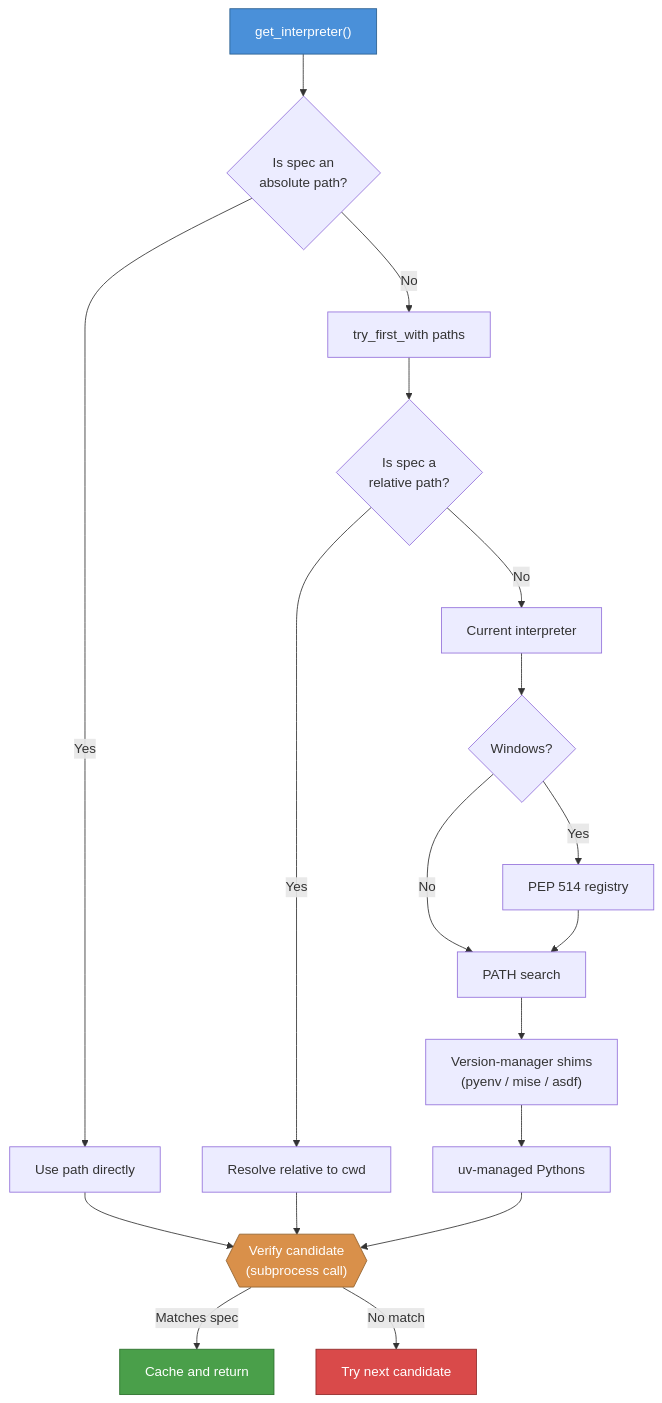
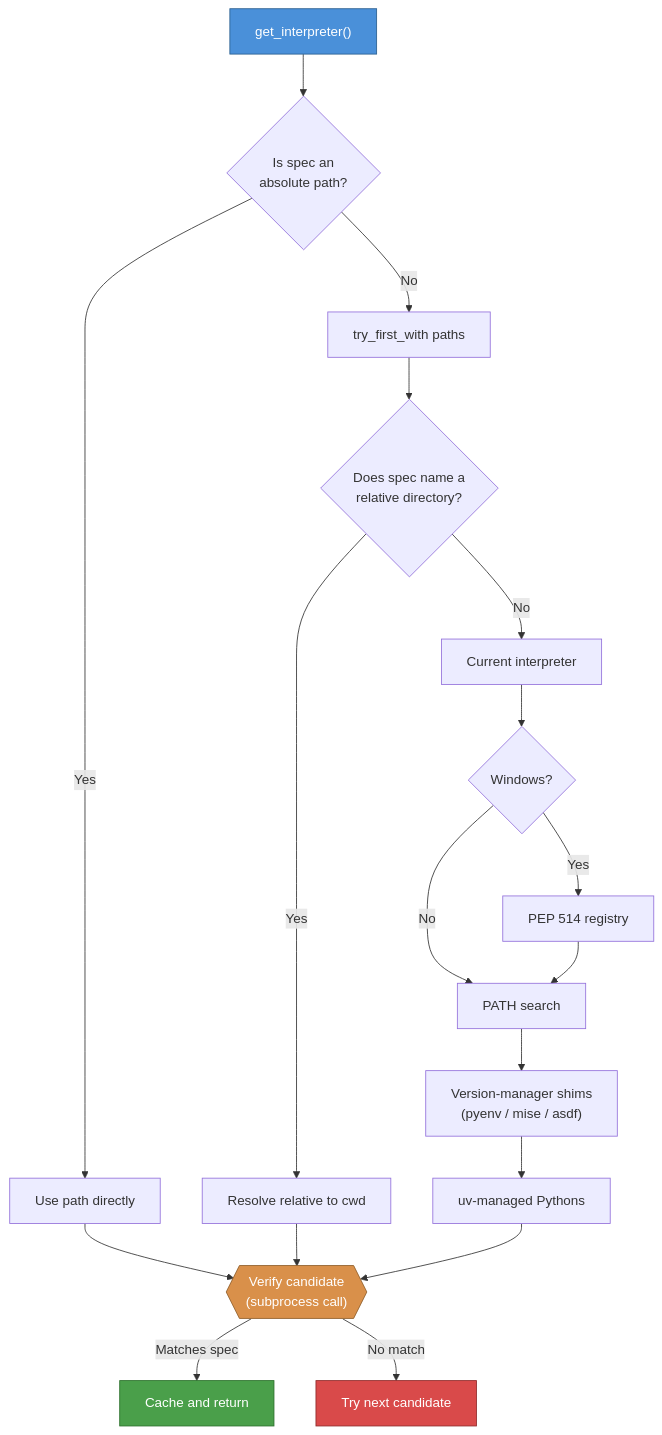
The first of 7 diagrams in docs/explanation.rst (tox-dev/python-discovery), drawn with Mermaid before and after one commit. The commit also changed other lines of this file and 2 other files, not shown here.

First line of the commit message:
🐛 fix(discovery): search bare specs on PATH

```diff
--- a/docs/explanation.rst
+++ b/docs/explanation.rst
@@ -10,28 +10,28 @@
 .. mermaid::
 
     flowchart TD
         Start["get_interpreter()"] --> AbsPath{"Is spec an<br>absolute path?"}
         AbsPath -->|Yes| TryAbs["Use path directly"]
         AbsPath -->|No| TryFirst["try_first_with paths"]
-        TryFirst --> RelPath{"Is spec a<br>relative path?"}
+        TryFirst --> RelPath{"Does spec name a<br>relative directory?"}
         RelPath -->|Yes| TryRel["Resolve relative to cwd"]
         RelPath -->|No| Current["Current interpreter"]
         Current --> Win{"Windows?"}
         Win -->|Yes| PEP514["PEP 514 registry"]
         Win -->|No| PATH
         PEP514 --> PATH["PATH search"]
         PATH --> Shims["Version-manager shims<br>(pyenv / mise / asdf)"]
         Shims --> UV["uv-managed Pythons"]
 
         TryAbs --> Verify
         TryRel --> Verify
         UV --> Verify
 
         Verify{{"Verify candidate<br>(subprocess call)"}}
         Verify -->|Matches spec| Cache["Cache and return"]
         Verify -->|No match| Next["Try next candidate"]
 
         style Start fill:#4a90d9,stroke:#2a5f8f,color:#fff
         style Verify fill:#d9904a,stroke:#8f5f2a,color:#fff
         style Cache fill:#4a9f4a,stroke:#2a6f2a,color:#fff
         style Next fill:#d94a4a,stroke:#8f2a2a,color:#fff
```
